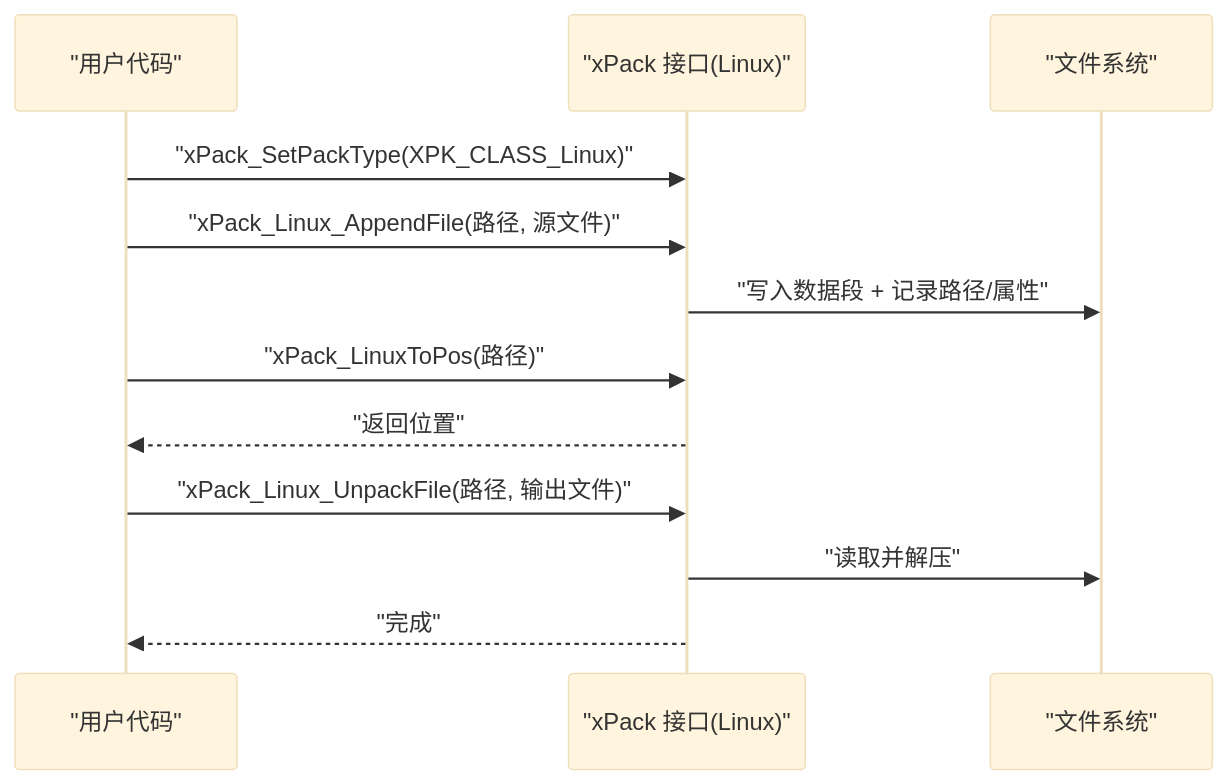
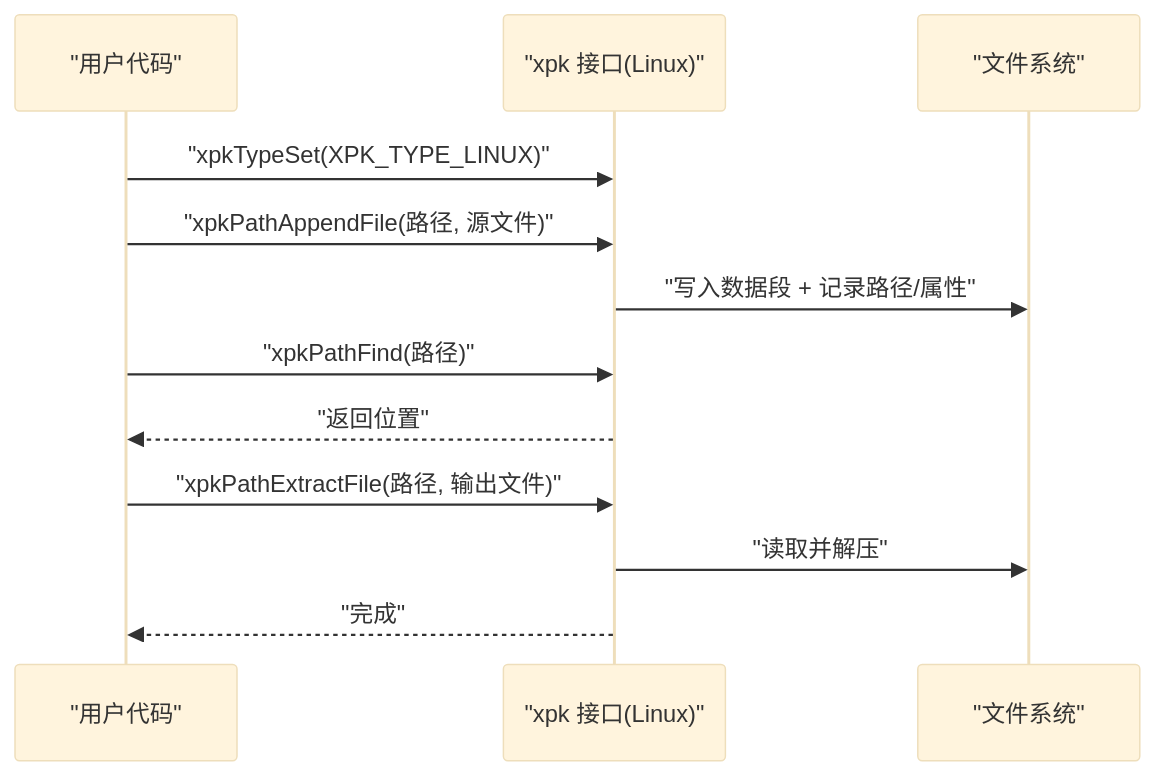
Before and after one commit to xywhsoft/xpack: the fifth of 7 diagrams in .qoder/repowiki/zh/content/文件包模式详解/文件包模式详解.md, drawn with Mermaid (base theme). The commit also changed other lines of this file and 23 other files, not shown here.

````diff
--- a/.qoder/repowiki/zh/content/文件包模式详解/文件包模式详解.md
+++ b/.qoder/repowiki/zh/content/文件包模式详解/文件包模式详解.md
@@ -195,14 +216,14 @@
 ```mermaid
 sequenceDiagram
 participant U as "用户代码"
-participant API as "xPack 接口(Linux)"
+participant API as "xpk 接口(Linux)"
 participant FS as "文件系统"
-U->>API : "xPack_SetPackType(XPK_CLASS_Linux)"
-U->>API : "xPack_Linux_AppendFile(路径, 源文件)"
+U->>API : "xpkTypeSet(XPK_TYPE_LINUX)"
+U->>API : "xpkPathAppendFile(路径, 源文件)"
 API->>FS : "写入数据段 + 记录路径/属性"
-U->>API : "xPack_LinuxToPos(路径)"
+U->>API : "xpkPathFind(路径)"
 API-->>U : "返回位置"
-U->>API : "xPack_Linux_UnpackFile(路径, 输出文件)"
+U->>API : "xpkPathExtractFile(路径, 输出文件)"
 API->>FS : "读取并解压"
 API-->>U : "完成"
 ```
````
